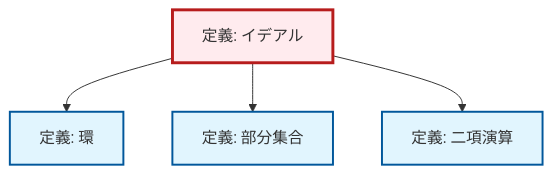
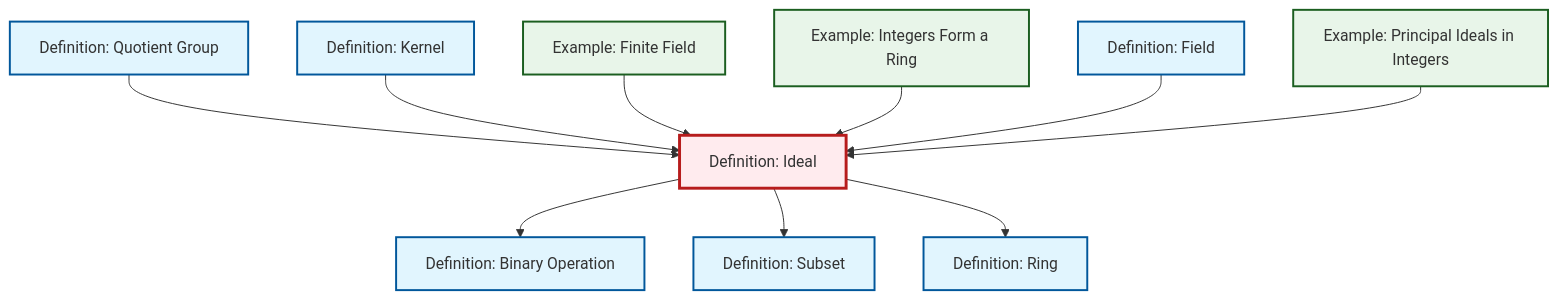
One commit to RK0429/ModernMath changed the diagram in content/ja/algebra/def-ideal.qmd. Above: the diagram before and after it, drawn with Mermaid. The commit also changed other lines of this file and 530 other files, not shown here.

````diff
--- a/content/ja/algebra/def-ideal.qmd
+++ b/content/ja/algebra/def-ideal.qmd
@@ -64,20 +64,38 @@
 ```{mermaid}
-%%| fig-cap: "局所依存関係グラフ"
+%%| fig-cap: "Local dependency graph"
 graph TD
     classDef definition fill:#e1f5fe,stroke:#01579b,stroke-width:2px
     classDef theorem fill:#f3e5f5,stroke:#4a148c,stroke-width:2px
     classDef axiom fill:#fff3e0,stroke:#e65100,stroke-width:2px
     classDef example fill:#e8f5e9,stroke:#1b5e20,stroke-width:2px
     classDef current fill:#ffebee,stroke:#b71c1c,stroke-width:3px
-    def-ideal["定義: イデアル"]:::definition
-    def-ring["定義: 環"]:::definition
-    def-subset["定義: 部分集合"]:::definition
-    def-binary-operation["定義: 二項演算"]:::definition
+    def-ideal["Definition: Ideal"]:::definition
+    ex-finite-field["Example: Finite Field"]:::example
+    def-kernel["Definition: Kernel"]:::definition
+    def-field["Definition: Field"]:::definition
+    def-ring["Definition: Ring"]:::definition
+    def-quotient-group["Definition: Quotient Group"]:::definition
+    def-subset["Definition: Subset"]:::definition
+    ex-principal-ideal["Example: Principal Ideals in Integers"]:::example
+    ex-integers-ring["Example: Integers Form a Ring"]:::example
+    def-binary-operation["Definition: Binary Operation"]:::definition
+    def-quotient-group --> def-ideal
+    def-ideal --> def-binary-operation
+    def-kernel --> def-ideal
+    ex-finite-field --> def-ideal
+    ex-integers-ring --> def-ideal
+    def-ideal --> def-subset
     def-ideal --> def-ring
-    def-ideal --> def-subset
-    def-ideal --> def-binary-operation
+    def-field --> def-ideal
+    ex-principal-ideal --> def-ideal
     class def-ideal current
-    click def-ring "def-ring.html" "環の定義へ"
-    click def-subset "../logic-set-theory/def-subset.html" "部分集合の定義へ"
-    click def-binary-operation "def-binary-operation.html" "二項演算の定義へ"
+    click ex-finite-field "ex-finite-field.html" "Example: Finite Fieldへ"
+    click def-kernel "def-kernel.html" "Definition: Kernelへ"
+    click def-field "def-field.html" "Definition: Fieldへ"
+    click def-ring "def-ring.html" "Definition: Ringへ"
+    click def-quotient-group "def-quotient-group.html" "Definition: Quotient Groupへ"
+    click def-subset "def-subset.html" "Definition: Subsetへ"
+    click ex-principal-ideal "ex-principal-ideal.html" "Example: Principal Ideals in Integersへ"
+    click ex-integers-ring "ex-integers-ring.html" "Example: Integers Form a Ringへ"
+    click def-binary-operation "def-binary-operation.html" "Definition: Binary Operationへ"
 ```
````
